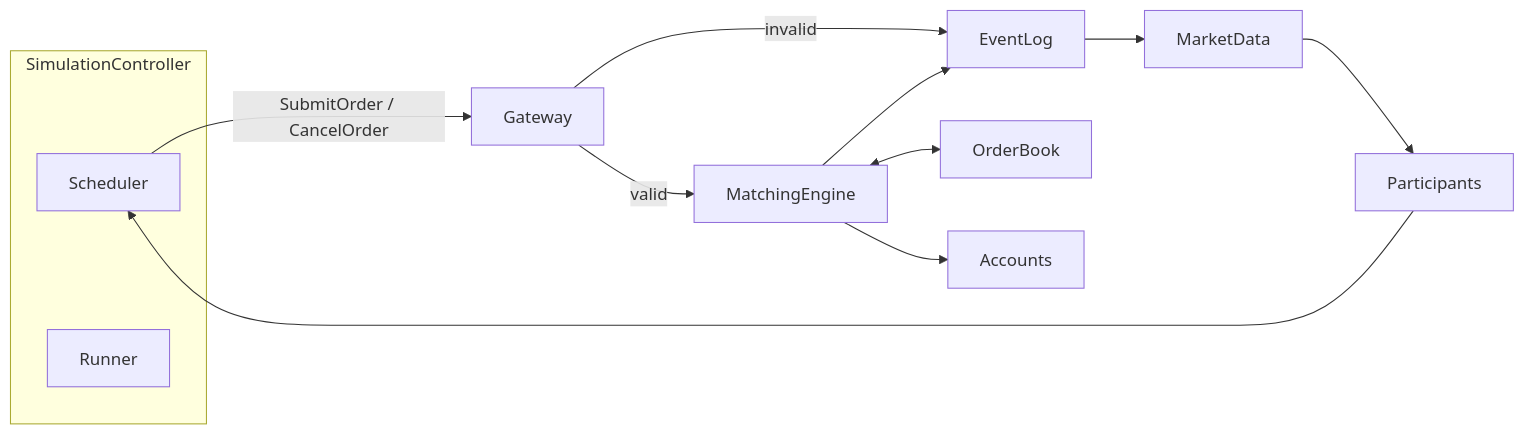
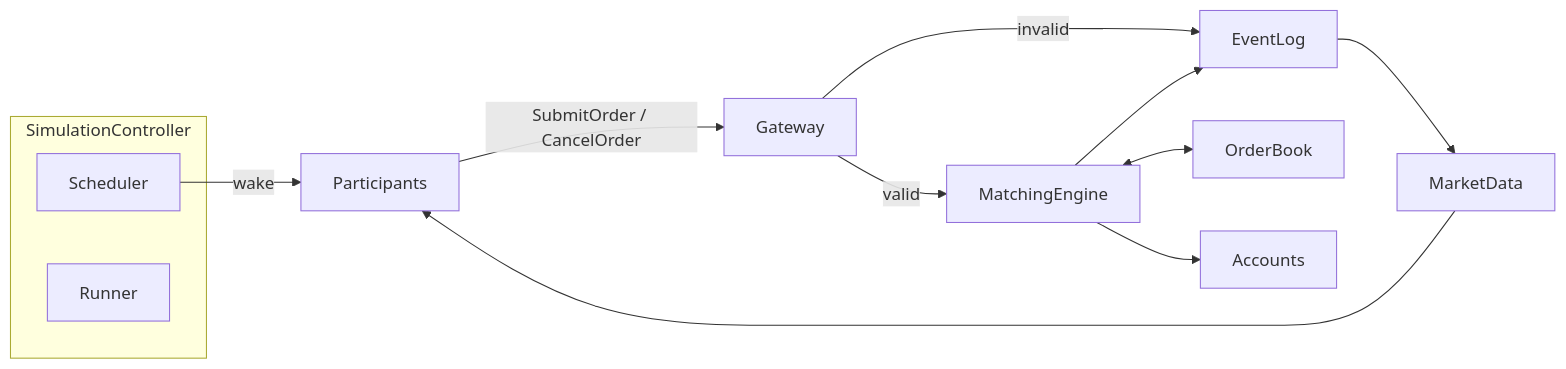
One commit to Mr-Washington/quantitative-trading-ecosystem changed the diagram in Research/architecture.md. Above: the diagram before and after it, drawn with Mermaid. The commit also changed other lines of this file and 8 other files, not shown here.

````diff
--- a/Research/architecture.md
+++ b/Research/architecture.md
@@ -13,16 +13,16 @@
 ```mermaid
 flowchart LR
   subgraph sim [SimulationController]
     Sched[Scheduler]
     Runner[Runner]
   end
-  Participants --> Sched
-  Sched -->|"SubmitOrder / CancelOrder"| Gateway
+  Sched -->|"wake"| Participants
+  Participants -->|"SubmitOrder / CancelOrder"| Gateway
   Gateway -->|"valid"| MatchingEngine
   Gateway -->|"invalid"| EventLog
   MatchingEngine <--> OrderBook
   MatchingEngine --> Accounts
   MatchingEngine --> EventLog
   EventLog --> MarketData
   MarketData --> Participants
 ```
````
